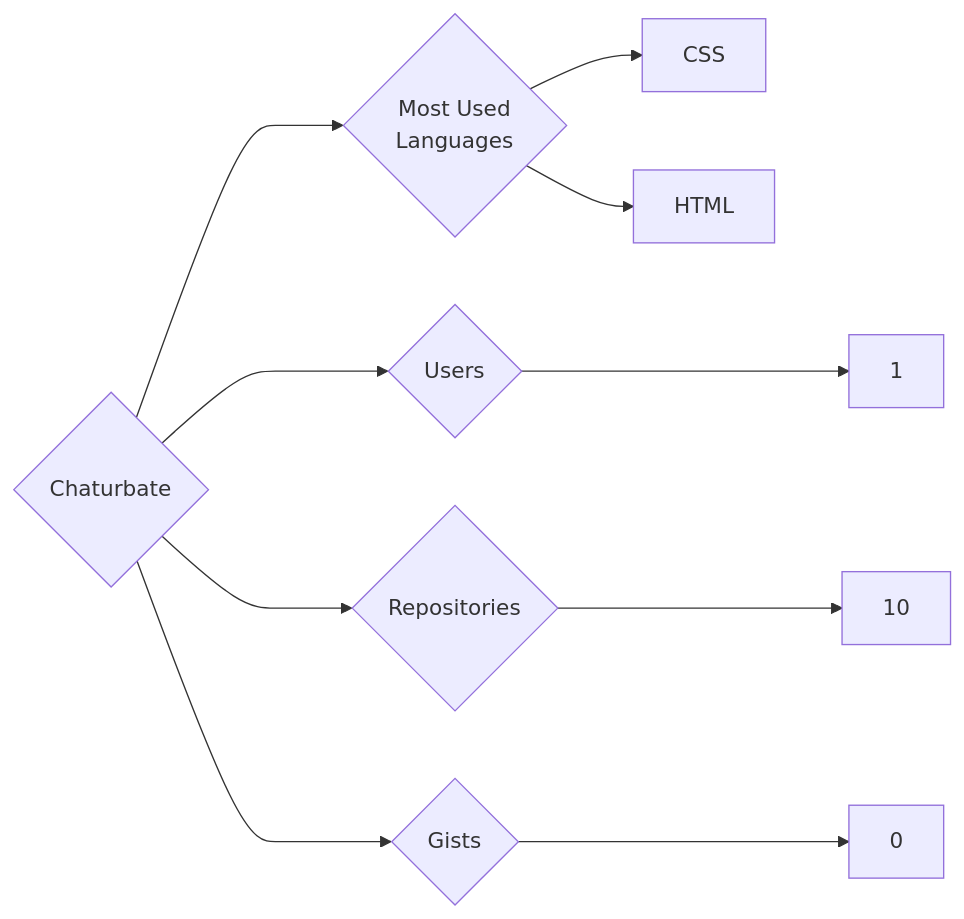
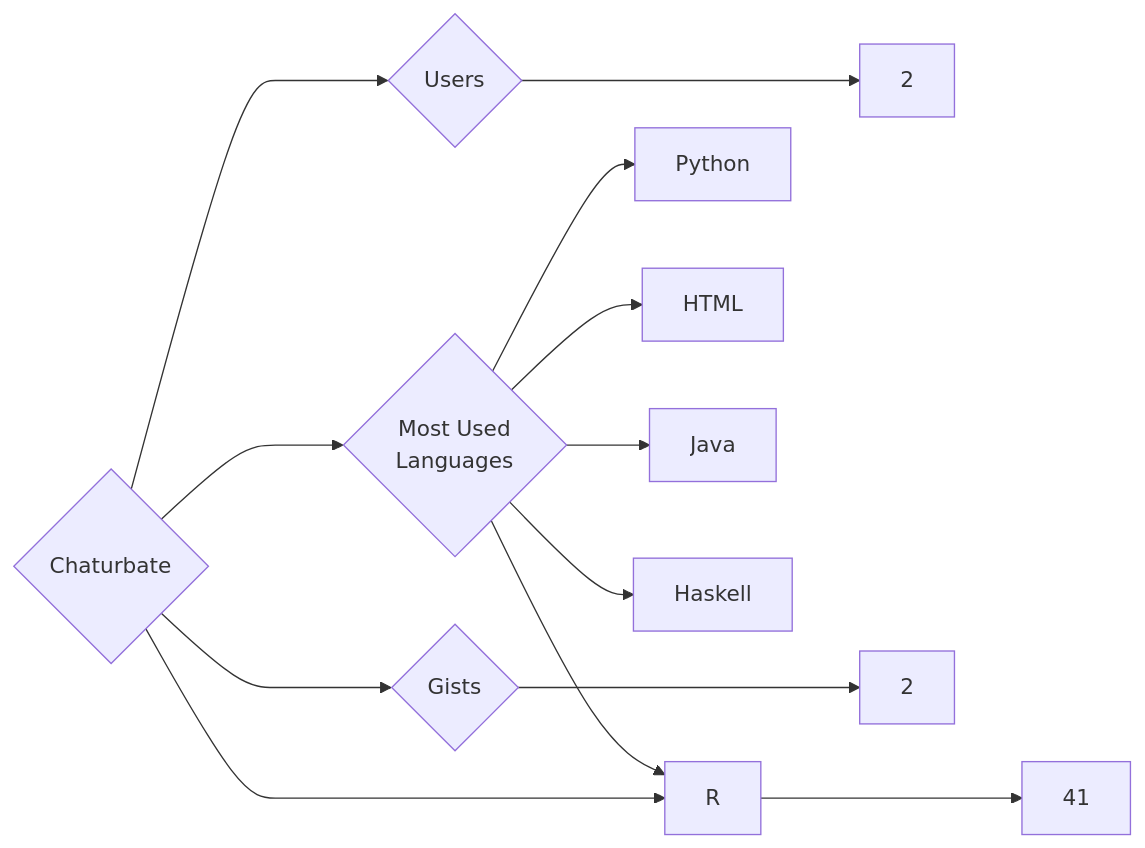
The diagram in targets/Chaturbate/README.md (trickest/insiders), drawn with Mermaid before and after one commit. The commit also changed 899 other files, not shown here.

````diff
--- a/targets/Chaturbate/README.md
+++ b/targets/Chaturbate/README.md
@@ -3,10 +3,13 @@
 ```mermaid
 graph LR
 COMPANY_NAME{Chaturbate}
-COMPANY_NAME ---> U{Users} ---> UN[1]
-COMPANY_NAME ---> R{Repositories} ---> RN[10]
-COMPANY_NAME ---> G{Gists} ---> GN[0]
+COMPANY_NAME ---> U{Users} ---> UN[2]
+COMPANY_NAME ---> R{Repositories} ---> RN[41]
+COMPANY_NAME ---> G{Gists} ---> GN[2]
 COMPANY_NAME ---> ML{Most Used<br>Languages}
-ML --> CSS[CSS]
+ML --> Python[Python]
 ML --> HTML[HTML]
+ML --> R[R]
+ML --> Java[Java]
+ML --> Haskell[Haskell]
 ```
````
